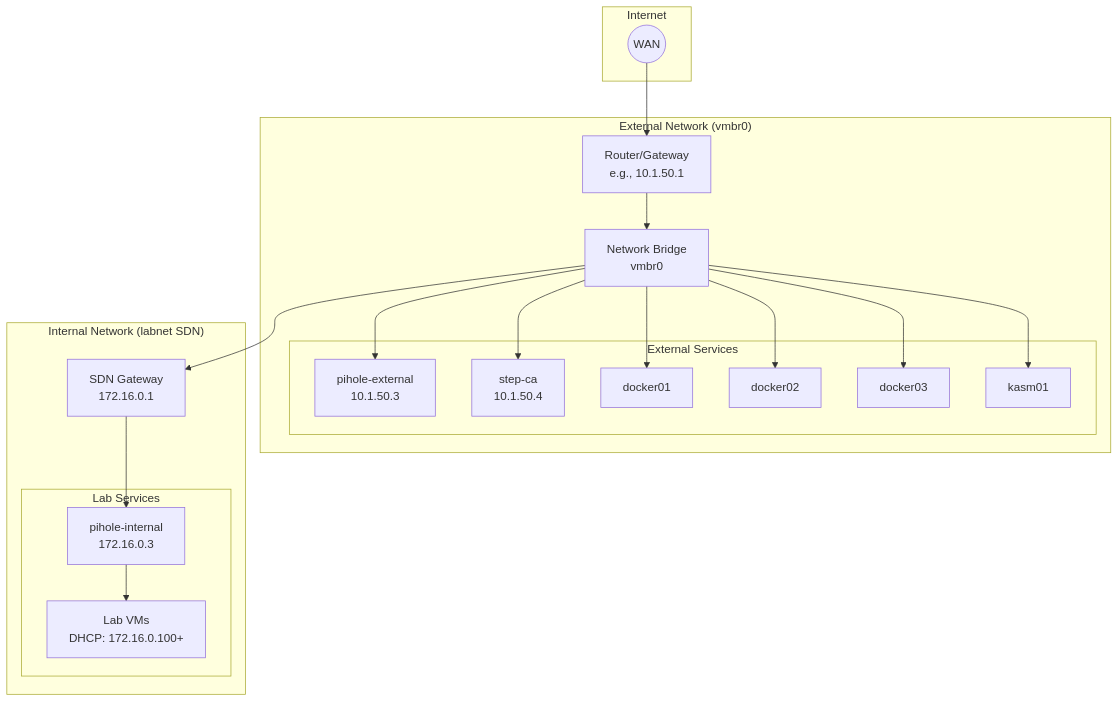
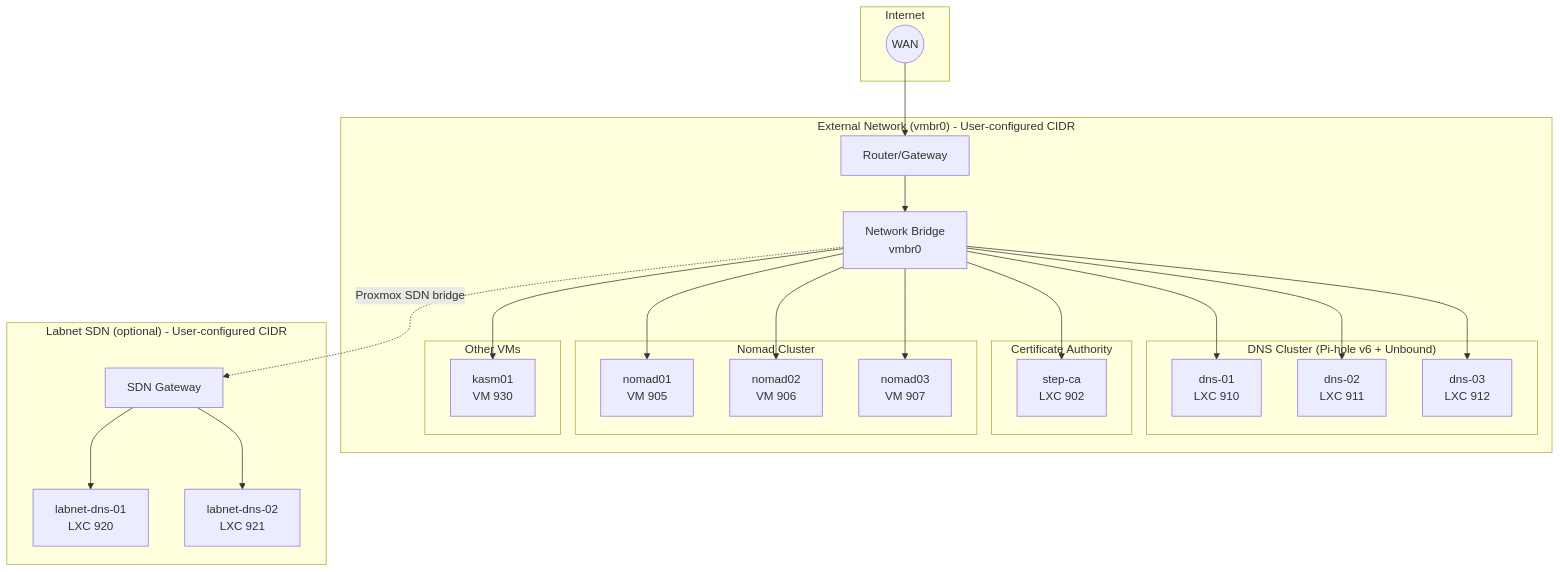
The first of 3 diagrams in docs/architecture/network-topology.md (jknyght9/proxmox-lab), drawn with Mermaid before and after one commit. The commit also changed other lines of this file and 33 other files, not shown here.

First line of the commit message:
Rewrite documentation to reflect current Nomad-based architecture

````diff
--- a/docs/architecture/network-topology.md
+++ b/docs/architecture/network-topology.md
@@ -12,36 +12,46 @@
 ```mermaid
 graph TB
     subgraph internet["Internet"]
         WAN((WAN))
     end
 
-    subgraph external["External Network (vmbr0)"]
-        ROUTER[Router/Gateway<br/>e.g., 10.1.50.1]
+    subgraph external["External Network (vmbr0) - User-configured CIDR"]
+        ROUTER[Router/Gateway]
         VMBR0[Network Bridge<br/>vmbr0]
 
-        subgraph ext_services["External Services"]
-            PH_EXT[pihole-external<br/>10.1.50.3]
-            STEPCA[step-ca<br/>10.1.50.4]
-            D1[docker01]
-            D2[docker02]
-            D3[docker03]
-            KASM_EXT[kasm01]
+        subgraph dns_nodes["DNS Cluster (Pi-hole v6 + Unbound)"]
+            DNS1[dns-01<br/>LXC 910]
+            DNS2[dns-02<br/>LXC 911]
+            DNS3[dns-03<br/>LXC 912]
+        end
+
+        subgraph ca_node["Certificate Authority"]
+            STEPCA[step-ca<br/>LXC 902]
+        end
+
+        subgraph nomad_cluster["Nomad Cluster"]
+            N1[nomad01<br/>VM 905]
+            N2[nomad02<br/>VM 906]
+            N3[nomad03<br/>VM 907]
+        end
+
+        subgraph other["Other VMs"]
+            KASM[kasm01<br/>VM 930]
         end
     end
 
-    subgraph internal["Internal Network (labnet SDN)"]
-        SDN_GW[SDN Gateway<br/>172.16.0.1]
-
-        subgraph int_services["Lab Services"]
-            PH_INT[pihole-internal<br/>172.16.0.3]
-            LAB_VMS[Lab VMs<br/>DHCP: 172.16.0.100+]
-        end
+    subgraph internal["Labnet SDN (optional) - User-configured CIDR"]
+        SDN_GW[SDN Gateway]
+        LABDNS1[labnet-dns-01<br/>LXC 920]
+        LABDNS2[labnet-dns-02<br/>LXC 921]
     end
 
     WAN --> ROUTER
     ROUTER --> VMBR0
-    VMBR0 --> PH_EXT & STEPCA & D1 & D2 & D3 & KASM_EXT
-    VMBR0 --> SDN_GW
-    SDN_GW --> PH_INT
-    PH_INT --> LAB_VMS
+    VMBR0 --> DNS1 & DNS2 & DNS3
+    VMBR0 --> STEPCA
+    VMBR0 --> N1 & N2 & N3
+    VMBR0 --> KASM
+    VMBR0 -.->|"Proxmox SDN bridge"| SDN_GW
+    SDN_GW --> LABDNS1 & LABDNS2
 ```
````
